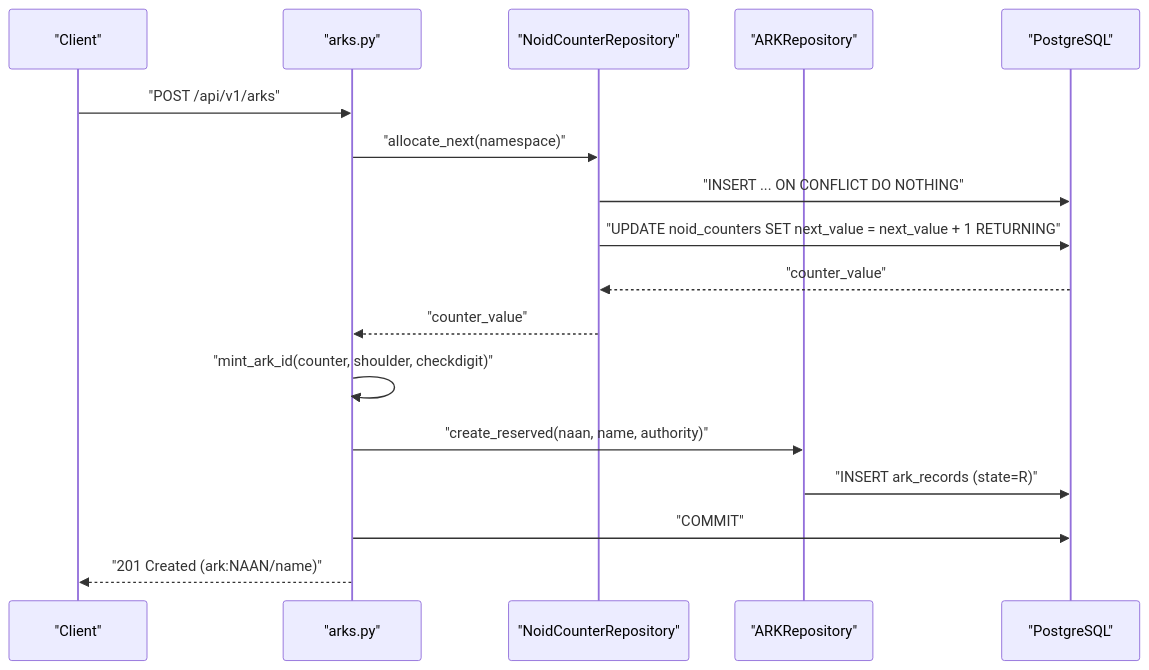
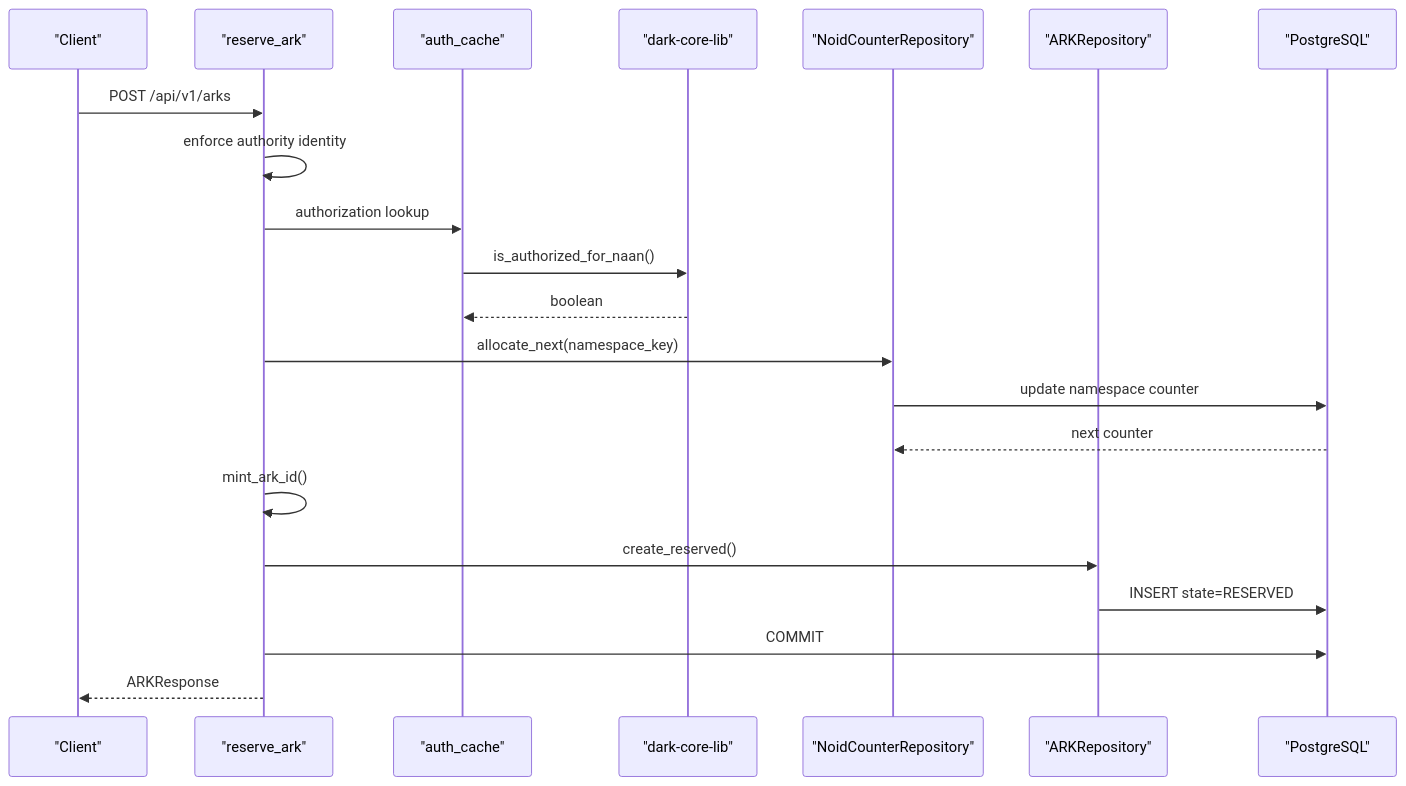
One commit to LA-Referencia-IOI/dark-core-minter-api changed the fourth of 11 diagrams in minter-architecture.md. Above: the diagram before and after it, drawn with Mermaid. The commit also changed other lines of this file and 12 other files, not shown here.

First line of the commit message:
Add authority-header auth, entrypoint, and docs

````diff
--- a/minter-architecture.md
+++ b/minter-architecture.md
@@ -38,20 +144,24 @@
 ```mermaid
 sequenceDiagram
     participant Client as "Client"
-    participant API as "arks.py"
-    participant CRepo as "NoidCounterRepository"
-    participant ARepo as "ARKRepository"
+    participant API as "reserve_ark"
+    participant Cache as "auth_cache"
+    participant Core as "dark-core-lib"
+    participant Counter as "NoidCounterRepository"
+    participant Repo as "ARKRepository"
     participant DB as "PostgreSQL"
 
-    Client->>API: "POST /api/v1/arks"
-    API->>CRepo: "allocate_next(namespace)"
-    CRepo->>DB: "INSERT ... ON CONFLICT DO NOTHING"
-    CRepo->>DB: "UPDATE noid_counters SET next_value = next_value + 1 RETURNING"
-    DB-->>CRepo: "counter_value"
-    CRepo-->>API: "counter_value"
-    API->>API: "mint_ark_id(counter, shoulder, checkdigit)"
-    API->>ARepo: "create_reserved(naan, name, authority)"
-    ARepo->>DB: "INSERT ark_records (state=R)"
-    API->>DB: "COMMIT"
-    API-->>Client: "201 Created (ark:NAAN/name)"
+    Client->>API: POST /api/v1/arks
+    API->>API: enforce authority identity
+    API->>Cache: authorization lookup
+    Cache->>Core: is_authorized_for_naan()
+    Core-->>Cache: boolean
+    API->>Counter: allocate_next(namespace_key)
+    Counter->>DB: update namespace counter
+    DB-->>Counter: next counter
+    API->>API: mint_ark_id()
+    API->>Repo: create_reserved()
+    Repo->>DB: INSERT state=RESERVED
+    API->>DB: COMMIT
+    API-->>Client: ARKResponse
 ```
````
